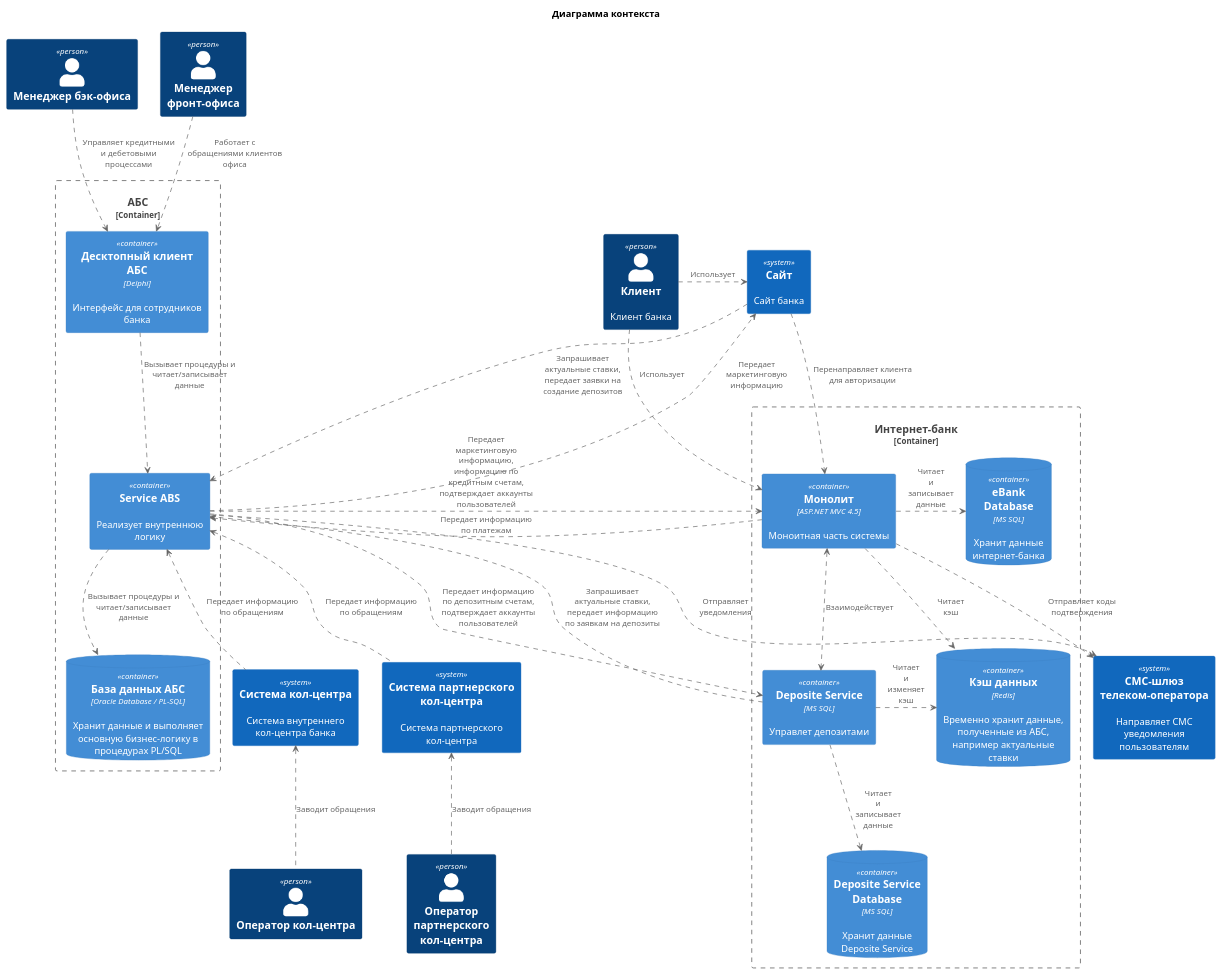
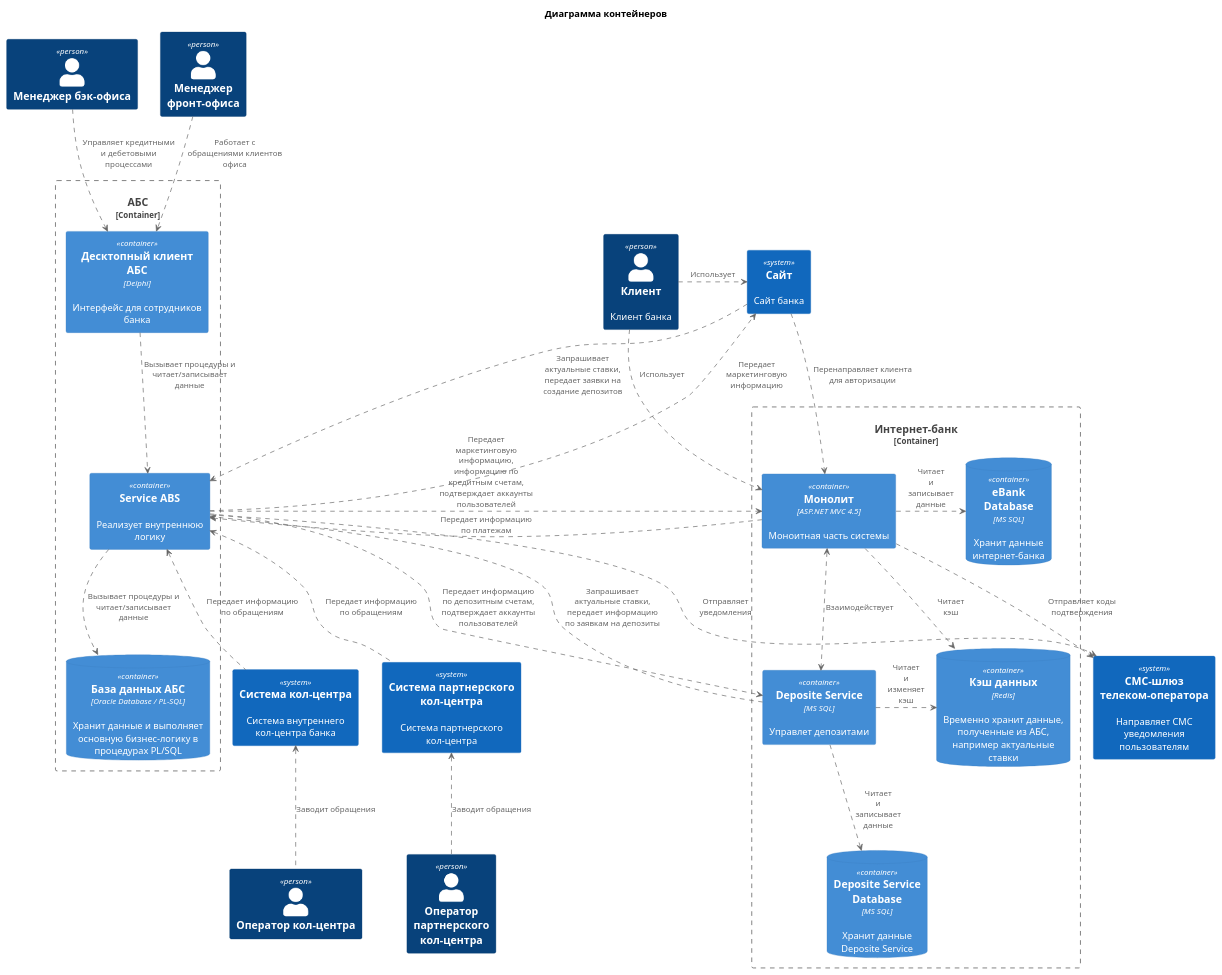
The diagram in Task3/diagrams/container.puml (PAKETIKk/architecture-standart), drawn with PlantUML before and after one commit. The commit also changed 14 other files, not shown here.

```diff
--- a/Task3/diagrams/container.puml
+++ b/Task3/diagrams/container.puml
@@ -1,71 +1,71 @@
 @startuml 
-title Диаграмма контекста
+title Диаграмма контейнеров
 !include ./uml-lib/C4_Container.puml 
 ' Пользователи
 Person(user, "Клиент", "Клиент банка")
 Person(backManager, "Менеджер бэк-офиса")
 Person(frontManager, "Менеджер фронт-офиса")
 Person(operator, "Оператор кол-центра")
 Person(partnerOperator, "Оператор партнерского кол-центра")
 ' Системы
 Container_Boundary(ABS, "АБС"){
     ' Сервисы
     Container(absClient, "Десктопный клиент АБС", "Delphi", "Интерфейс для сотрудников банка")
     Container(absService, "Service ABS", "", "Реализует внутреннюю логику")
     ContainerDb(absDb, "База данных АБС", "Oracle Database / PL-SQL", "Хранит данные и выполняет основную бизнес-логику в процедурах PL/SQL")
     ' Связи
     absClient ..> absService: "Вызывает процедуры и читает/записывает данные"
     absService ..> absDb: "Вызывает процедуры и читает/записывает данные"
 }
 Container_Boundary(ebank, "Интернет-банк"){
     ' Сервисы
     Container(monolith, "Монолит", "ASP.NET MVC 4.5", "Моноитная часть системы")
     ContainerDb(ebankBD, "eBank\nDatabase", "MS SQL", "Хранит данные\nинтернет-банка")
 
     ContainerDb(cache, "Кэш данных", "Redis", "Временно хранит данные, полученные из АБС, например актуальные ставки")
 
     Container(depositeService, "Deposite Service", "MS SQL", "Управлет депозитами")
     ContainerDb(depositeServiceDB, "Deposite Service Database", "MS SQL", "Хранит данные\nDeposite Service")
     ' Связи
     monolith .right.> ebankBD: "Читает\nи\nзаписывает\nданные"
     monolith .right.> cache: "Читает\nкэш"
 
     depositeService .right.> depositeServiceDB: "Читает\nи\nзаписывает\nданные"
     depositeService .right.> cache: "Читает\nи\nизменяет\nкэш"
 
     monolith <.down.> depositeService: Взаимодействует
     ' Подсказка для рендера
     ebankBD -[hidden]down- cache
     cache -[hidden]down- depositeServiceDB
 }
 System(site, "Сайт", "Сайт банка")
 System(callCenter, "Система кол-центра", "Система внутреннего кол-центра банка")
 System(partnerCallCenter, "Система партнерского кол-центра", "Система партнерского кол-центра")
 System(SMSGateway, "СМС-шлюз телеком-оператора", "Направляет СМС уведомления пользователям")
 ' Взаимодействия
 user .right.> site: "Использует"
 site ..> absService: "Запрашивает актуальные ставки, передает заявки на создание депозитов"
 absService ..> site: "Передает маркетинговую информацию"
 
 site ..> monolith: "Перенаправляет клиента для авторизации"
 
 user .down.> monolith: "Использует"
 monolith ..> absService: "Передает информацию по платежам"
 depositeService .down.> absService: "Запрашивает актуальные ставки, передает информацию по заявкам на депозиты"
 absService ..> depositeService: "Передает информацию по депозитным счетам, подтверждает аккаунты пользователей"
 
 absService ..> monolith: "Передает маркетинговую информацию, информацию по кредитным счетам, подтверждает аккаунты пользователей"
 
 backManager ..> absClient: "Управляет кредитными и дебетовыми процессами"
 frontManager ..> absClient: "Работает с обращениями клиентов офиса"
 
 absService <.. callCenter: "Передает информацию по обращениям"
 callCenter <.. operator: "Заводит обращения"
 partnerCallCenter <.. partnerOperator: "Заводит обращения"
 absService <.. partnerCallCenter: "Передает информацию по обращениям"
 
 monolith ..> SMSGateway: "Отправляет коды подтверждения"
 absService ..> SMSGateway: "Отправляет уведомления"
 ' Подсказка для рендера
 monolith -[hidden]left- site
 @enduml
```
